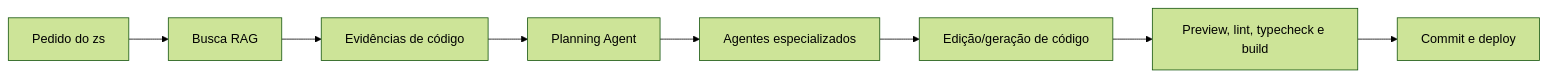
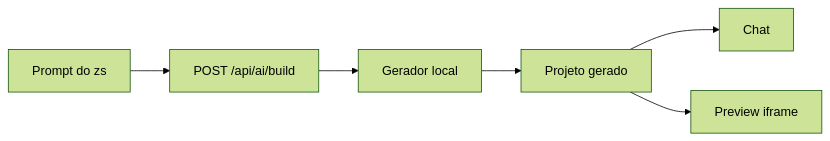
Before and after one commit to zszoro/ZS-Ferramenta-: the diagram in docs/architecture.md, drawn with Mermaid (forest theme). The commit also changed other lines of this file and 26 other files, not shown here.

Commit message:
Simplify builder chat with live preview

````diff
--- a/docs/architecture.md
+++ b/docs/architecture.md
@@ -9,10 +5,8 @@
 ```mermaid
 flowchart LR
-  A["Pedido do zs"] --> B["Busca RAG"]
-  B --> C["Evidências de código"]
-  C --> D["Planning Agent"]
-  D --> E["Agentes especializados"]
-  E --> F["Edição/geração de código"]
-  F --> G["Preview, lint, typecheck e build"]
-  G --> H["Commit e deploy"]
+  A["Prompt do zs"] --> B["POST /api/ai/build"]
+  B --> C["Gerador local"]
+  C --> D["Projeto gerado"]
+  D --> E["Chat"]
+  D --> F["Preview iframe"]
 ```
````
